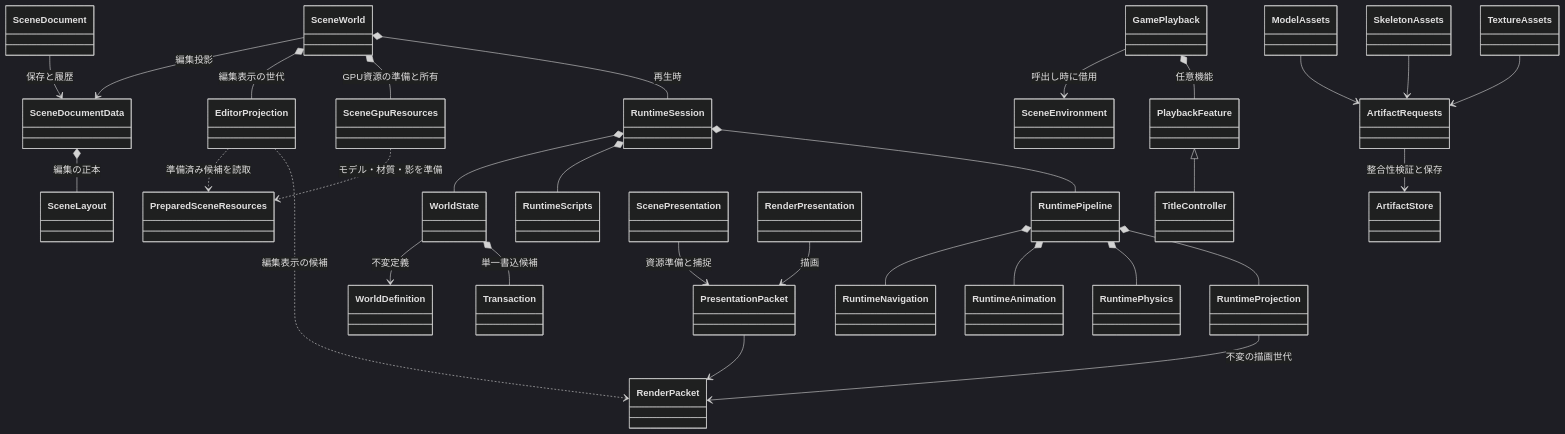
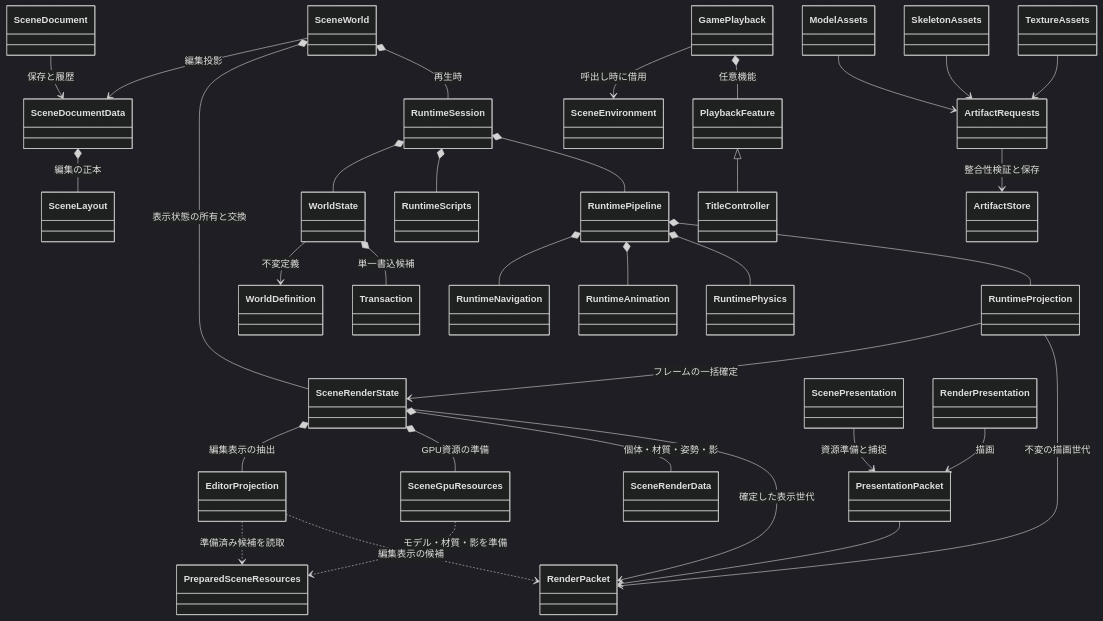
Before and after one commit to Sororo0403/GuruttoWorld: the second of 2 diagrams in docs/EngineArchitecture-2026-10-24.md, drawn with Mermaid (dark theme). The commit also changed other lines of this file and 14 other files, not shown here.

````diff
--- a/docs/EngineArchitecture-2026-10-24.md
+++ b/docs/EngineArchitecture-2026-10-24.md
@@ -657,32 +657,36 @@
 ```mermaid
 classDiagram
     SceneDocumentData *-- SceneLayout : 編集の正本
     SceneDocument --> SceneDocumentData : 保存と履歴
     SceneWorld --> SceneDocumentData : 編集投影
-    SceneWorld *-- EditorProjection : 編集表示の世代
-    SceneWorld *-- SceneGpuResources : GPU資源の準備と所有
+    SceneWorld *-- SceneRenderState : 表示状態の所有と交換
+    SceneRenderState *-- EditorProjection : 編集表示の抽出
+    SceneRenderState *-- SceneGpuResources : GPU資源の準備
+    SceneRenderState *-- SceneRenderData : 個体・材質・姿勢・影
+    SceneRenderState --> RenderPacket : 確定した表示世代
+    RuntimeProjection --> SceneRenderState : フレームの一括確定
     EditorProjection ..> PreparedSceneResources : 準備済み候補を読取
     SceneGpuResources ..> PreparedSceneResources : モデル・材質・影を準備
     EditorProjection ..> RenderPacket : 編集表示の候補
     SceneWorld *-- RuntimeSession : 再生時
     RuntimeSession *-- WorldState
     WorldState --> WorldDefinition : 不変定義
     WorldState *-- Transaction : 単一書込候補
     RuntimeSession *-- RuntimeScripts
     RuntimeSession *-- RuntimePipeline
     RuntimePipeline *-- RuntimeNavigation
     RuntimePipeline *-- RuntimeAnimation
     RuntimePipeline *-- RuntimePhysics
     RuntimePipeline *-- RuntimeProjection
     RuntimeProjection --> RenderPacket : 不変の描画世代
     ScenePresentation --> PresentationPacket : 資源準備と捕捉
     PresentationPacket --> RenderPacket
     RenderPresentation --> PresentationPacket : 描画
     GamePlayback --> SceneEnvironment : 呼出し時に借用
     GamePlayback *-- PlaybackFeature : 任意機能
     PlaybackFeature <|-- TitleController
     ArtifactRequests --> ArtifactStore : 整合性検証と保存
     ModelAssets --> ArtifactRequests
     SkeletonAssets --> ArtifactRequests
     TextureAssets --> ArtifactRequests
 ```
````
